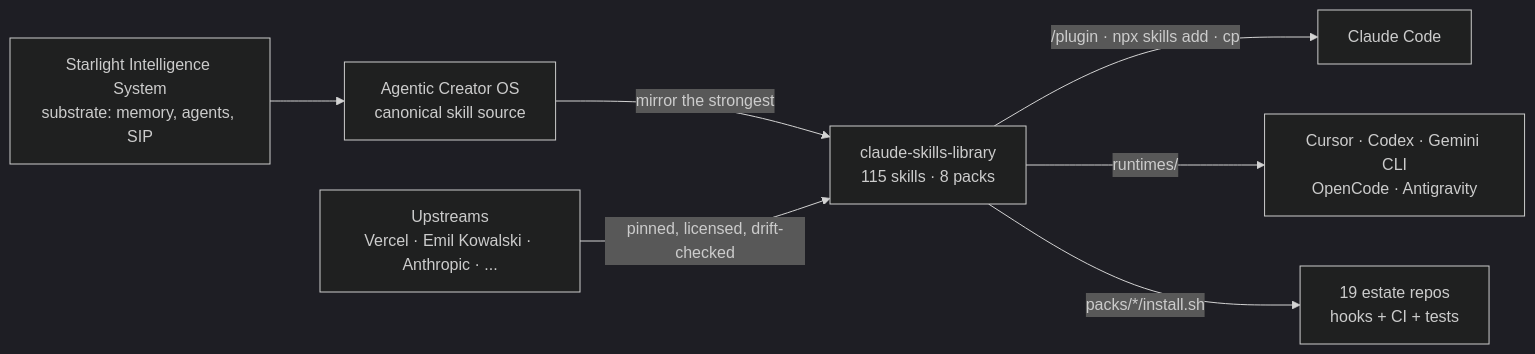
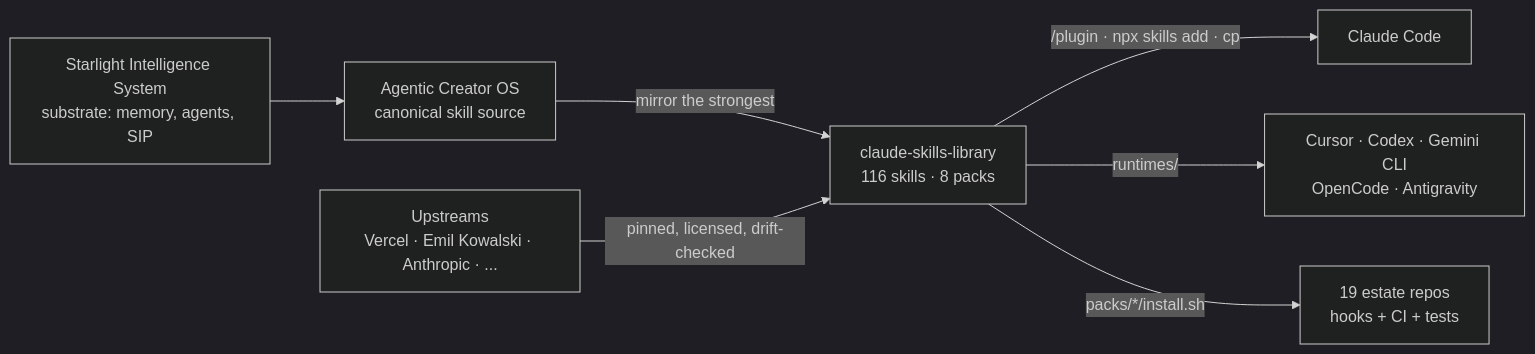
One commit to frankxai/claude-skills-library changed the diagram in README.md. Above: the diagram before and after it, drawn with Mermaid (dark theme). The commit also changed other lines of this file and 8 other files, not shown here.

````diff
--- a/README.md
+++ b/README.md
@@ -193,9 +193,9 @@
 ```mermaid
 flowchart LR
     SIS["Starlight Intelligence System<br/>substrate: memory, agents, SIP"] --> ACOS["Agentic Creator OS<br/>canonical skill source"]
-    ACOS -->|"mirror the strongest"| LIB["claude-skills-library<br/>115 skills · 8 packs"]
+    ACOS -->|"mirror the strongest"| LIB["claude-skills-library<br/>116 skills · 8 packs"]
     UP["Upstreams<br/>Vercel · Emil Kowalski · Anthropic · ..."] -->|"pinned, licensed, drift-checked"| LIB
     LIB -->|"/plugin · npx skills add · cp"| CC["Claude Code"]
     LIB -->|"runtimes/"| RT["Cursor · Codex · Gemini CLI<br/>OpenCode · Antigravity"]
     LIB -->|"packs/*/install.sh"| REPOS["19 estate repos<br/>hooks + CI + tests"]
 ```
````
